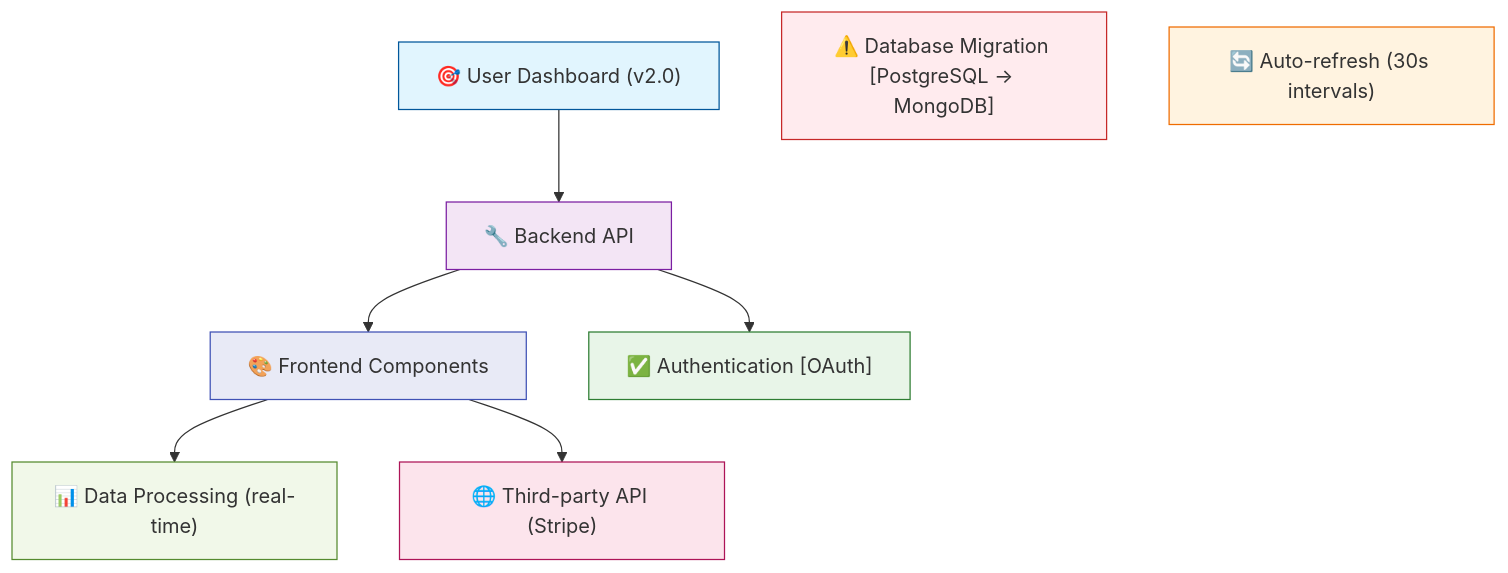
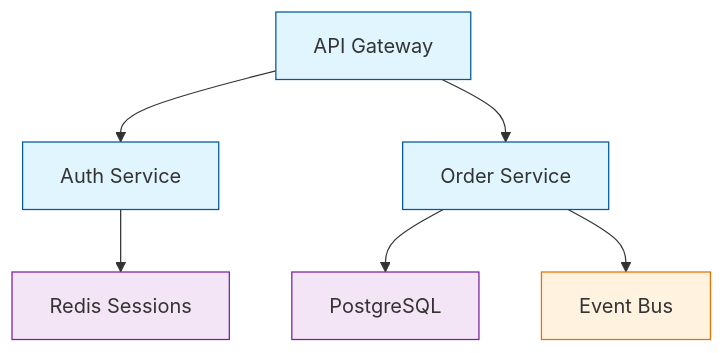
One commit to Texarkanine/jekyll-highlight-cards changed the first of 5 diagrams in .cursor/rules/shared/visual-planning.mdc. Above: the diagram before and after it, drawn with Mermaid. The commit also changed other lines of this file and 114 other files, not shown here.

````diff
--- a/.cursor/rules/shared/visual-planning.mdc
+++ b/.cursor/rules/shared/visual-planning.mdc
@@ -49,21 +62,12 @@
 ```mermaid
 graph TD
-    %% Define reusable style classes once
-    classDef goal fill:#e1f5fe,stroke:#01579b;
-    classDef done fill:#e8f5e8,stroke:#2e7d32;
-    classDef tech fill:#f3e5f5,stroke:#7b1fa2;
-    classDef ux fill:#e8eaf6,stroke:#3f51b5;
-    classDef risk fill:#ffebee,stroke:#c62828;
-    classDef iterative fill:#fff3e0,stroke:#ef6c00;
-    classDef dataflow fill:#f1f8e9,stroke:#558b2f;
-    classDef integration fill:#fce4ec,stroke:#ad1457;
+    classDef service fill:#e1f5fe,stroke:#01579b;
+    classDef store fill:#f3e5f5,stroke:#7b1fa2;
+    classDef external fill:#fff3e0,stroke:#ef6c00;
 
-    %% Apply classes to nodes
-    A["🎯 User Dashboard (v2.0)"]:::goal --> B["🔧 Backend API"]:::tech
-    B --> C["🎨 Frontend Components"]:::ux
-    B --> D["✅ Authentication [OAuth]"]:::done
-    C --> E["📊 Data Processing (real-time)"]:::dataflow
-    C --> F["🌐 Third-party API (Stripe)"]:::integration
-    G["⚠️ Database Migration [PostgreSQL → MongoDB]"]:::risk
-    H["🔄 Auto-refresh (30s intervals)"]:::iterative
+    API["API Gateway"]:::service --> Auth["Auth Service"]:::service
+    API --> Orders["Order Service"]:::service
+    Orders --> DB["PostgreSQL"]:::store
+    Orders --> Queue["Event Bus"]:::external
+    Auth --> Cache["Redis Sessions"]:::store
 ```
````
